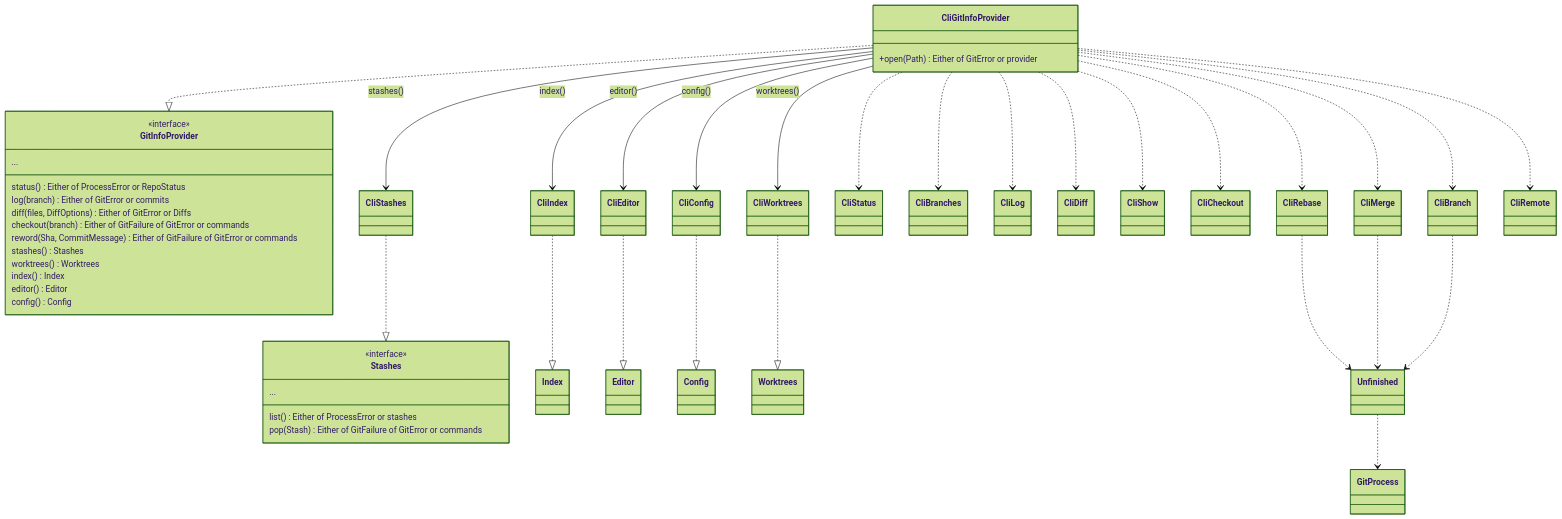
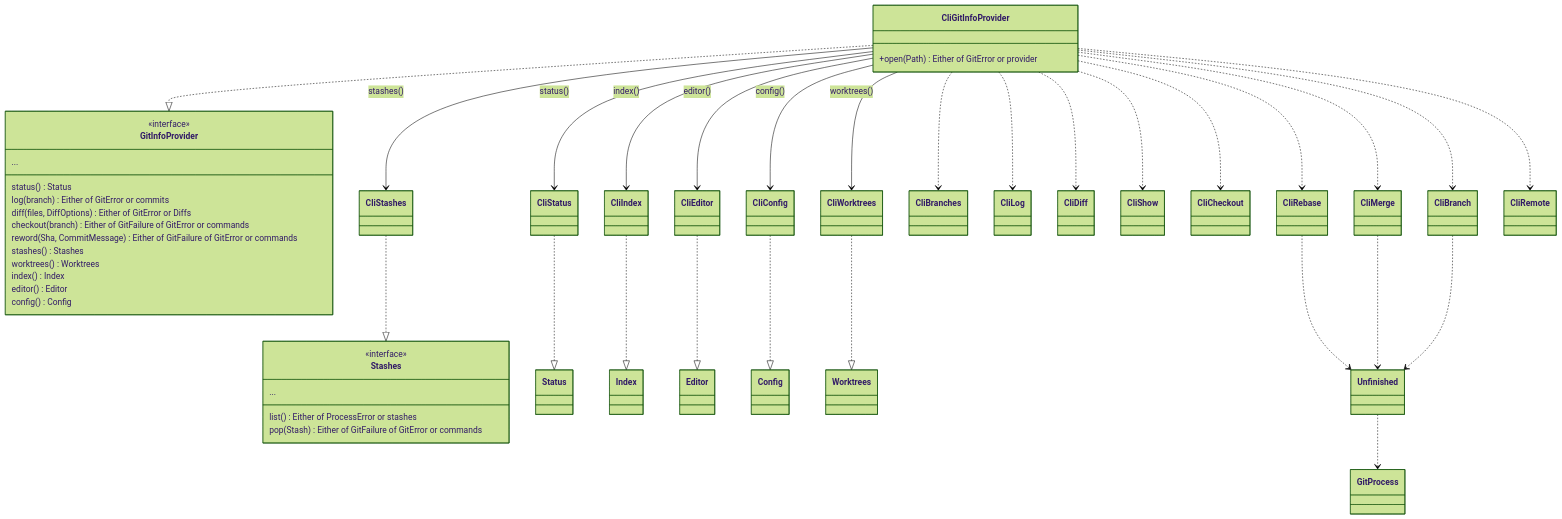
The fourth of 7 diagrams in ARCHITECTURE.md (cvanfleteren/jazygit), drawn with Mermaid (forest theme) before and after one commit.

Commit message:
ARCHITECTURE.md shows the status as roles

````diff
--- a/ARCHITECTURE.md
+++ b/ARCHITECTURE.md
@@ -832,51 +832,52 @@
 ```mermaid
 classDiagram
     class GitInfoProvider {
         <<interface>>
-        status() Either of ProcessError or RepoStatus
+        status() Status
         log(branch) Either of GitError or commits
         diff(files, DiffOptions) Either of GitError or Diffs
         checkout(branch) Either of GitFailure of GitError or commands
         reword(Sha, CommitMessage) Either of GitFailure of GitError or commands
         stashes() Stashes
         worktrees() Worktrees
         index() Index
         editor() Editor
         config() Config
         ...
     }
     class CliGitInfoProvider {
         +open(Path) Either of GitError or provider
     }
     class Stashes {
         <<interface>>
         list() Either of ProcessError or stashes
         pop(Stash) Either of GitFailure of GitError or commands
         ...
     }
     CliGitInfoProvider ..|> GitInfoProvider
     CliStashes ..|> Stashes
+    CliStatus ..|> Status
     CliIndex ..|> Index
     CliEditor ..|> Editor
     CliConfig ..|> Config
     CliGitInfoProvider --> CliEditor : editor()
     CliGitInfoProvider --> CliConfig : config()
     CliWorktrees ..|> Worktrees
     CliGitInfoProvider --> CliWorktrees : worktrees()
-    CliGitInfoProvider ..> CliStatus
+    CliGitInfoProvider --> CliStatus : status()
     CliGitInfoProvider ..> CliBranches
     CliGitInfoProvider ..> CliLog
     CliGitInfoProvider ..> CliDiff
     CliGitInfoProvider ..> CliShow
     CliGitInfoProvider ..> CliCheckout
     CliGitInfoProvider ..> CliBranch
     CliGitInfoProvider --> CliIndex : index()
     CliGitInfoProvider ..> CliMerge
     CliGitInfoProvider ..> CliRebase
     CliGitInfoProvider --> CliStashes : stashes()
     CliGitInfoProvider ..> CliRemote
     CliRebase ..> Unfinished
     CliMerge ..> Unfinished
     CliBranch ..> Unfinished
     Unfinished ..> GitProcess
 ```
````
